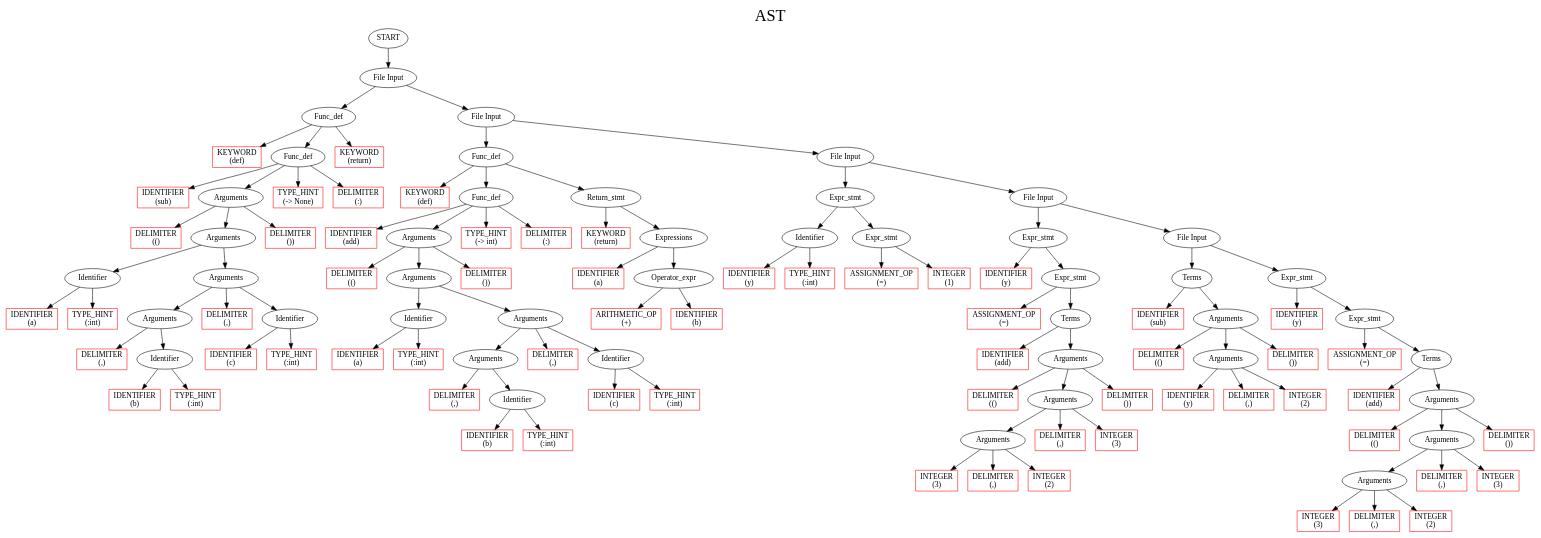
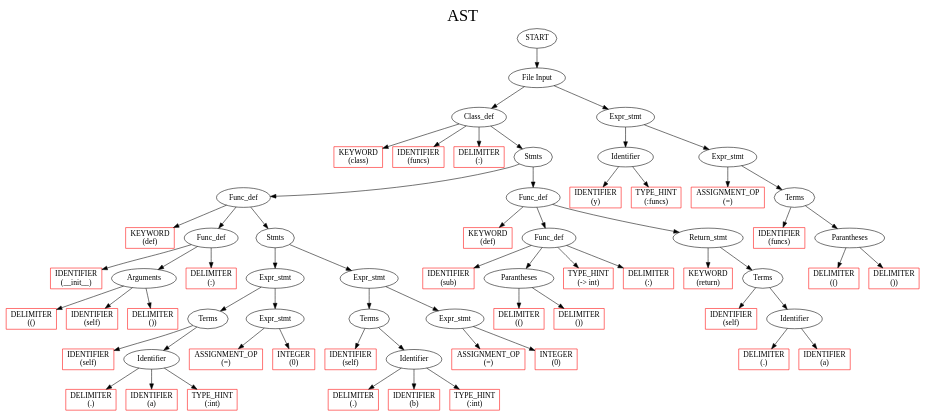
Before and after one commit to depanshu357/CS335-Compiler: the diagram in output.dot, drawn with Graphviz. The commit also changed 4 other files, not shown here.

```diff
--- a/output.dot
+++ b/output.dot
@@ -6,282 +6,168 @@
 labelloc  = t
 
 node   [ fontname="Cascadia code" ]
-	267		[ style = solid label = "START"  ];
-	267 -> 266
-	266		[ style = solid label = "File Input"  ];
-	266 -> 24
-	24		[ style = solid label = "Func_def"  ];
-	24 -> 0
+	139		[ style = solid label = "START"  ];
+	139 -> 138
+	138		[ style = solid label = "File Input"  ];
+	138 -> 104
+	104		[ style = solid label = "Class_def"  ];
+	104 -> 0
 	0		[ style = solid label = "KEYWORD 
+(class)" color = red shape = rectangle ];
+	104 -> 1
+	1		[ style = solid label = "IDENTIFIER 
+(funcs)" color = red shape = rectangle ];
+	104 -> 2
+	2		[ style = solid label = "DELIMITER 
+(:)" color = red shape = rectangle ];
+	104 -> 103
+	103		[ style = solid label = "Stmts"  ];
+	103 -> 75
+	75		[ style = solid label = "Func_def"  ];
+	75 -> 3
+	3		[ style = solid label = "KEYWORD 
 (def)" color = red shape = rectangle ];
-	24 -> 21
-	21		[ style = solid label = "Func_def"  ];
-	21 -> 1
-	1		[ style = solid label = "IDENTIFIER 
+	75 -> 11
+	11		[ style = solid label = "Func_def"  ];
+	11 -> 4
+	4		[ style = solid label = "IDENTIFIER 
+(__init__)" color = red shape = rectangle ];
+	11 -> 9
+	9		[ style = solid label = "Arguments"  ];
+	9 -> 5
+	5		[ style = solid label = "DELIMITER 
+(()" color = red shape = rectangle ];
+	9 -> 6
+	6		[ style = solid label = "IDENTIFIER 
+(self)" color = red shape = rectangle ];
+	9 -> 7
+	7		[ style = solid label = "DELIMITER 
+())" color = red shape = rectangle ];
+	11 -> 10
+	10		[ style = solid label = "DELIMITER 
+(:)" color = red shape = rectangle ];
+	75 -> 74
+	74		[ style = solid label = "Stmts"  ];
+	74 -> 41
+	41		[ style = solid label = "Expr_stmt"  ];
+	41 -> 19
+	19		[ style = solid label = "Terms"  ];
+	19 -> 12
+	12		[ style = solid label = "IDENTIFIER 
+(self)" color = red shape = rectangle ];
+	19 -> 16
+	16		[ style = solid label = "Identifier"  ];
+	16 -> 13
+	13		[ style = solid label = "DELIMITER 
+(.)" color = red shape = rectangle ];
+	16 -> 14
+	14		[ style = solid label = "IDENTIFIER 
+(a)" color = red shape = rectangle ];
+	16 -> 15
+	15		[ style = solid label = "TYPE_HINT 
+(:int)" color = red shape = rectangle ];
+	41 -> 40
+	40		[ style = solid label = "Expr_stmt"  ];
+	40 -> 17
+	17		[ style = solid label = "ASSIGNMENT_OP 
+(=)" color = red shape = rectangle ];
+	40 -> 29
+	29		[ style = solid label = "INTEGER 
+(0)" color = red shape = rectangle ];
+	74 -> 72
+	72		[ style = solid label = "Expr_stmt"  ];
+	72 -> 50
+	50		[ style = solid label = "Terms"  ];
+	50 -> 43
+	43		[ style = solid label = "IDENTIFIER 
+(self)" color = red shape = rectangle ];
+	50 -> 47
+	47		[ style = solid label = "Identifier"  ];
+	47 -> 44
+	44		[ style = solid label = "DELIMITER 
+(.)" color = red shape = rectangle ];
+	47 -> 45
+	45		[ style = solid label = "IDENTIFIER 
+(b)" color = red shape = rectangle ];
+	47 -> 46
+	46		[ style = solid label = "TYPE_HINT 
+(:int)" color = red shape = rectangle ];
+	72 -> 71
+	71		[ style = solid label = "Expr_stmt"  ];
+	71 -> 48
+	48		[ style = solid label = "ASSIGNMENT_OP 
+(=)" color = red shape = rectangle ];
+	71 -> 60
+	60		[ style = solid label = "INTEGER 
+(0)" color = red shape = rectangle ];
+	103 -> 102
+	102		[ style = solid label = "Func_def"  ];
+	102 -> 76
+	76		[ style = solid label = "KEYWORD 
+(def)" color = red shape = rectangle ];
+	102 -> 83
+	83		[ style = solid label = "Func_def"  ];
+	83 -> 77
+	77		[ style = solid label = "IDENTIFIER 
 (sub)" color = red shape = rectangle ];
-	21 -> 18
-	18		[ style = solid label = "Arguments"  ];
-	18 -> 2
-	2		[ style = solid label = "DELIMITER 
+	83 -> 80
+	80		[ style = solid label = "Parantheses"  ];
+	80 -> 78
+	78		[ style = solid label = "DELIMITER 
 (()" color = red shape = rectangle ];
-	18 -> 17
-	17		[ style = solid label = "Arguments"  ];
-	17 -> 5
-	5		[ style = solid label = "Identifier"  ];
-	5 -> 3
-	3		[ style = solid label = "IDENTIFIER 
+	80 -> 79
+	79		[ style = solid label = "DELIMITER 
+())" color = red shape = rectangle ];
+	83 -> 81
+	81		[ style = solid label = "TYPE_HINT 
+(-> int)" color = red shape = rectangle ];
+	83 -> 82
+	82		[ style = solid label = "DELIMITER 
+(:)" color = red shape = rectangle ];
+	102 -> 100
+	100		[ style = solid label = "Return_stmt"  ];
+	100 -> 84
+	84		[ style = solid label = "KEYWORD 
+(return)" color = red shape = rectangle ];
+	100 -> 90
+	90		[ style = solid label = "Terms"  ];
+	90 -> 85
+	85		[ style = solid label = "IDENTIFIER 
+(self)" color = red shape = rectangle ];
+	90 -> 88
+	88		[ style = solid label = "Identifier"  ];
+	88 -> 86
+	86		[ style = solid label = "DELIMITER 
+(.)" color = red shape = rectangle ];
+	88 -> 87
+	87		[ style = solid label = "IDENTIFIER 
 (a)" color = red shape = rectangle ];
-	5 -> 4
-	4		[ style = solid label = "TYPE_HINT 
-(:int)" color = red shape = rectangle ];
-	17 -> 16
-	16		[ style = solid label = "Arguments"  ];
-	16 -> 11
-	11		[ style = solid label = "Arguments"  ];
-	11 -> 6
-	6		[ style = solid label = "DELIMITER 
-(,)" color = red shape = rectangle ];
-	11 -> 9
-	9		[ style = solid label = "Identifier"  ];
-	9 -> 7
-	7		[ style = solid label = "IDENTIFIER 
-(b)" color = red shape = rectangle ];
-	9 -> 8
-	8		[ style = solid label = "TYPE_HINT 
-(:int)" color = red shape = rectangle ];
-	16 -> 10
-	10		[ style = solid label = "DELIMITER 
-(,)" color = red shape = rectangle ];
-	16 -> 14
-	14		[ style = solid label = "Identifier"  ];
-	14 -> 12
-	12		[ style = solid label = "IDENTIFIER 
-(c)" color = red shape = rectangle ];
-	14 -> 13
-	13		[ style = solid label = "TYPE_HINT 
-(:int)" color = red shape = rectangle ];
-	18 -> 15
-	15		[ style = solid label = "DELIMITER 
-())" color = red shape = rectangle ];
-	21 -> 19
-	19		[ style = solid label = "TYPE_HINT 
-(-> None)" color = red shape = rectangle ];
-	21 -> 20
-	20		[ style = solid label = "DELIMITER 
-(:)" color = red shape = rectangle ];
-	24 -> 22
-	22		[ style = solid label = "KEYWORD 
-(return)" color = red shape = rectangle ];
-	266 -> 265
-	265		[ style = solid label = "File Input"  ];
-	265 -> 66
-	66		[ style = solid label = "Func_def"  ];
-	66 -> 25
-	25		[ style = solid label = "KEYWORD 
-(def)" color = red shape = rectangle ];
-	66 -> 46
-	46		[ style = solid label = "Func_def"  ];
-	46 -> 26
-	26		[ style = solid label = "IDENTIFIER 
-(add)" color = red shape = rectangle ];
-	46 -> 43
-	43		[ style = solid label = "Arguments"  ];
-	43 -> 27
-	27		[ style = solid label = "DELIMITER 
+	138 -> 135
+	135		[ style = solid label = "Expr_stmt"  ];
+	135 -> 107
+	107		[ style = solid label = "Identifier"  ];
+	107 -> 105
+	105		[ style = solid label = "IDENTIFIER 
+(y)" color = red shape = rectangle ];
+	107 -> 106
+	106		[ style = solid label = "TYPE_HINT 
+(:funcs)" color = red shape = rectangle ];
+	135 -> 134
+	134		[ style = solid label = "Expr_stmt"  ];
+	134 -> 108
+	108		[ style = solid label = "ASSIGNMENT_OP 
+(=)" color = red shape = rectangle ];
+	134 -> 124
+	124		[ style = solid label = "Terms"  ];
+	124 -> 119
+	119		[ style = solid label = "IDENTIFIER 
+(funcs)" color = red shape = rectangle ];
+	124 -> 122
+	122		[ style = solid label = "Parantheses"  ];
+	122 -> 120
+	120		[ style = solid label = "DELIMITER 
 (()" color = red shape = rectangle ];
-	43 -> 42
-	42		[ style = solid label = "Arguments"  ];
-	42 -> 30
-	30		[ style = solid label = "Identifier"  ];
-	30 -> 28
-	28		[ style = solid label = "IDENTIFIER 
-(a)" color = red shape = rectangle ];
-	30 -> 29
-	29		[ style = solid label = "TYPE_HINT 
-(:int)" color = red shape = rectangle ];
-	42 -> 41
-	41		[ style = solid label = "Arguments"  ];
-	41 -> 36
-	36		[ style = solid label = "Arguments"  ];
-	36 -> 31
-	31		[ style = solid label = "DELIMITER 
-(,)" color = red shape = rectangle ];
-	36 -> 34
-	34		[ style = solid label = "Identifier"  ];
-	34 -> 32
-	32		[ style = solid label = "IDENTIFIER 
-(b)" color = red shape = rectangle ];
-	34 -> 33
-	33		[ style = solid label = "TYPE_HINT 
-(:int)" color = red shape = rectangle ];
-	41 -> 35
-	35		[ style = solid label = "DELIMITER 
-(,)" color = red shape = rectangle ];
-	41 -> 39
-	39		[ style = solid label = "Identifier"  ];
-	39 -> 37
-	37		[ style = solid label = "IDENTIFIER 
-(c)" color = red shape = rectangle ];
-	39 -> 38
-	38		[ style = solid label = "TYPE_HINT 
-(:int)" color = red shape = rectangle ];
-	43 -> 40
-	40		[ style = solid label = "DELIMITER 
-())" color = red shape = rectangle ];
-	46 -> 44
-	44		[ style = solid label = "TYPE_HINT 
-(-> int)" color = red shape = rectangle ];
-	46 -> 45
-	45		[ style = solid label = "DELIMITER 
-(:)" color = red shape = rectangle ];
-	66 -> 64
-	64		[ style = solid label = "Return_stmt"  ];
-	64 -> 47
-	47		[ style = solid label = "KEYWORD 
-(return)" color = red shape = rectangle ];
-	64 -> 56
-	56		[ style = solid label = "Expressions"  ];
-	56 -> 48
-	48		[ style = solid label = "IDENTIFIER 
-(a)" color = red shape = rectangle ];
-	56 -> 55
-	55		[ style = solid label = "Operator_expr"  ];
-	55 -> 49
-	49		[ style = solid label = "ARITHMETIC_OP 
-(+)" color = red shape = rectangle ];
-	55 -> 52
-	52		[ style = solid label = "IDENTIFIER 
-(b)" color = red shape = rectangle ];
-	265 -> 264
-	264		[ style = solid label = "File Input"  ];
-	264 -> 93
-	93		[ style = solid label = "Expr_stmt"  ];
-	93 -> 69
-	69		[ style = solid label = "Identifier"  ];
-	69 -> 67
-	67		[ style = solid label = "IDENTIFIER 
-(y)" color = red shape = rectangle ];
-	69 -> 68
-	68		[ style = solid label = "TYPE_HINT 
-(:int)" color = red shape = rectangle ];
-	93 -> 92
-	92		[ style = solid label = "Expr_stmt"  ];
-	92 -> 70
-	70		[ style = solid label = "ASSIGNMENT_OP 
-(=)" color = red shape = rectangle ];
-	92 -> 81
-	81		[ style = solid label = "INTEGER 
-(1)" color = red shape = rectangle ];
-	264 -> 263
-	263		[ style = solid label = "File Input"  ];
-	263 -> 157
-	157		[ style = solid label = "Expr_stmt"  ];
-	157 -> 95
-	95		[ style = solid label = "IDENTIFIER 
-(y)" color = red shape = rectangle ];
-	157 -> 156
-	156		[ style = solid label = "Expr_stmt"  ];
-	156 -> 96
-	96		[ style = solid label = "ASSIGNMENT_OP 
-(=)" color = red shape = rectangle ];
-	156 -> 146
-	146		[ style = solid label = "Terms"  ];
-	146 -> 107
-	107		[ style = solid label = "IDENTIFIER 
-(add)" color = red shape = rectangle ];
-	146 -> 144
-	144		[ style = solid label = "Arguments"  ];
-	144 -> 108
-	108		[ style = solid label = "DELIMITER 
-(()" color = red shape = rectangle ];
-	144 -> 143
-	143		[ style = solid label = "Arguments"  ];
-	143 -> 131
-	131		[ style = solid label = "Arguments"  ];
-	131 -> 109
-	109		[ style = solid label = "INTEGER 
-(3)" color = red shape = rectangle ];
-	131 -> 110
-	110		[ style = solid label = "DELIMITER 
-(,)" color = red shape = rectangle ];
-	131 -> 120
-	120		[ style = solid label = "INTEGER 
-(2)" color = red shape = rectangle ];
-	143 -> 121
+	122 -> 121
 	121		[ style = solid label = "DELIMITER 
-(,)" color = red shape = rectangle ];
-	143 -> 132
-	132		[ style = solid label = "INTEGER 
-(3)" color = red shape = rectangle ];
-	144 -> 133
-	133		[ style = solid label = "DELIMITER 
-())" color = red shape = rectangle ];
-	263 -> 262
-	262		[ style = solid label = "File Input"  ];
-	262 -> 186
-	186		[ style = solid label = "Terms"  ];
-	186 -> 159
-	159		[ style = solid label = "IDENTIFIER 
-(sub)" color = red shape = rectangle ];
-	186 -> 184
-	184		[ style = solid label = "Arguments"  ];
-	184 -> 160
-	160		[ style = solid label = "DELIMITER 
-(()" color = red shape = rectangle ];
-	184 -> 183
-	183		[ style = solid label = "Arguments"  ];
-	183 -> 161
-	161		[ style = solid label = "IDENTIFIER 
-(y)" color = red shape = rectangle ];
-	183 -> 162
-	162		[ style = solid label = "DELIMITER 
-(,)" color = red shape = rectangle ];
-	183 -> 172
-	172		[ style = solid label = "INTEGER 
-(2)" color = red shape = rectangle ];
-	184 -> 173
-	173		[ style = solid label = "DELIMITER 
-())" color = red shape = rectangle ];
-	262 -> 259
-	259		[ style = solid label = "Expr_stmt"  ];
-	259 -> 197
-	197		[ style = solid label = "IDENTIFIER 
-(y)" color = red shape = rectangle ];
-	259 -> 258
-	258		[ style = solid label = "Expr_stmt"  ];
-	258 -> 198
-	198		[ style = solid label = "ASSIGNMENT_OP 
-(=)" color = red shape = rectangle ];
-	258 -> 248
-	248		[ style = solid label = "Terms"  ];
-	248 -> 209
-	209		[ style = solid label = "IDENTIFIER 
-(add)" color = red shape = rectangle ];
-	248 -> 246
-	246		[ style = solid label = "Arguments"  ];
-	246 -> 210
-	210		[ style = solid label = "DELIMITER 
-(()" color = red shape = rectangle ];
-	246 -> 245
-	245		[ style = solid label = "Arguments"  ];
-	245 -> 233
-	233		[ style = solid label = "Arguments"  ];
-	233 -> 211
-	211		[ style = solid label = "INTEGER 
-(3)" color = red shape = rectangle ];
-	233 -> 212
-	212		[ style = solid label = "DELIMITER 
-(,)" color = red shape = rectangle ];
-	233 -> 222
-	222		[ style = solid label = "INTEGER 
-(2)" color = red shape = rectangle ];
-	245 -> 223
-	223		[ style = solid label = "DELIMITER 
-(,)" color = red shape = rectangle ];
-	245 -> 234
-	234		[ style = solid label = "INTEGER 
-(3)" color = red shape = rectangle ];
-	246 -> 235
-	235		[ style = solid label = "DELIMITER 
 ())" color = red shape = rectangle ];
 }
```
